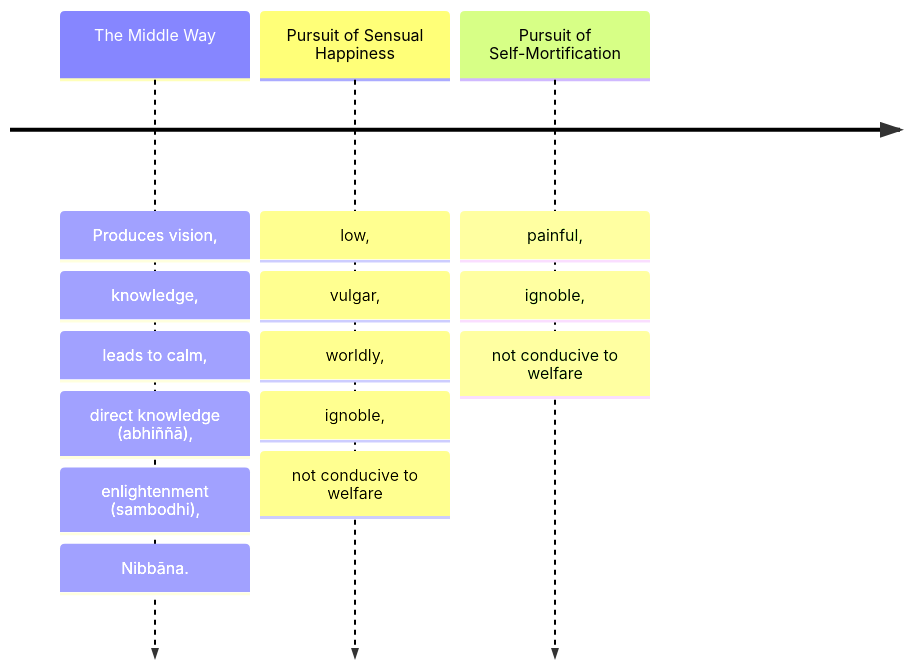
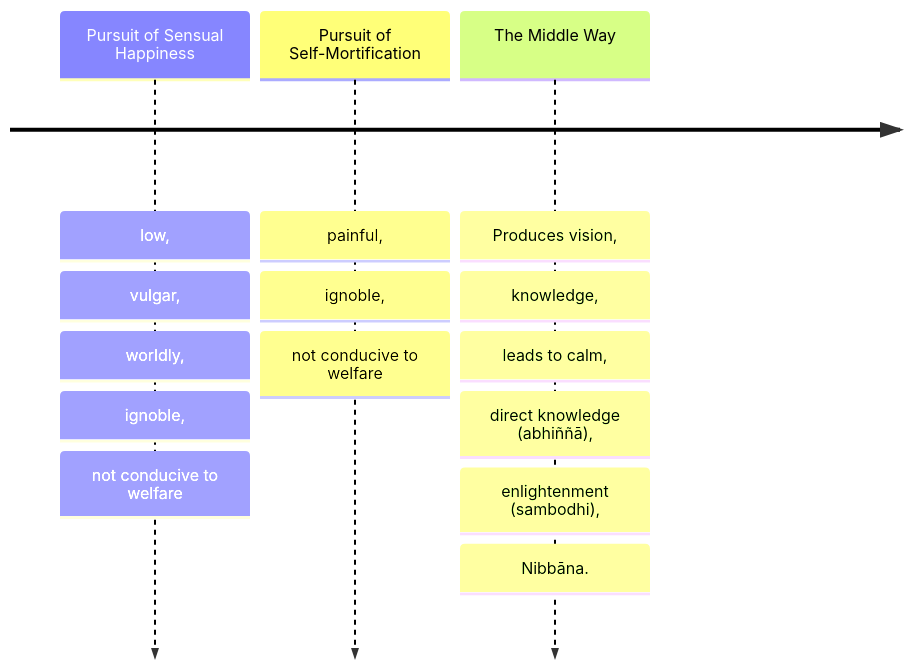
Before and after one commit to ChristineTham/tidipa: the fifth of 14 diagrams in content/Khandhaka/1.6.md, drawn with Mermaid. The commit also changed other lines of this file and 10 other files, not shown here.

````diff
--- a/content/Khandhaka/1.6.md
+++ b/content/Khandhaka/1.6.md
@@ -302,20 +302,20 @@
 ```mermaid
 timeline
-The Middle Way
-    : Produces vision,
-    : knowledge,
-    : leads to calm,
-    : direct knowledge (abhiññā),
-    : enlightenment (sambodhi),
-    : Nibbāna.
 Pursuit of Sensual Happiness
     : low,
     : vulgar,
     : worldly,
     : ignoble,
     : not conducive to welfare
 Pursuit of Self-Mortification
     : painful,
     : ignoble,
     : not conducive to welfare
+The Middle Way
+    : Produces vision,
+    : knowledge,
+    : leads to calm,
+    : direct knowledge (abhiññā),
+    : enlightenment (sambodhi),
+    : Nibbāna.
 ```
````
